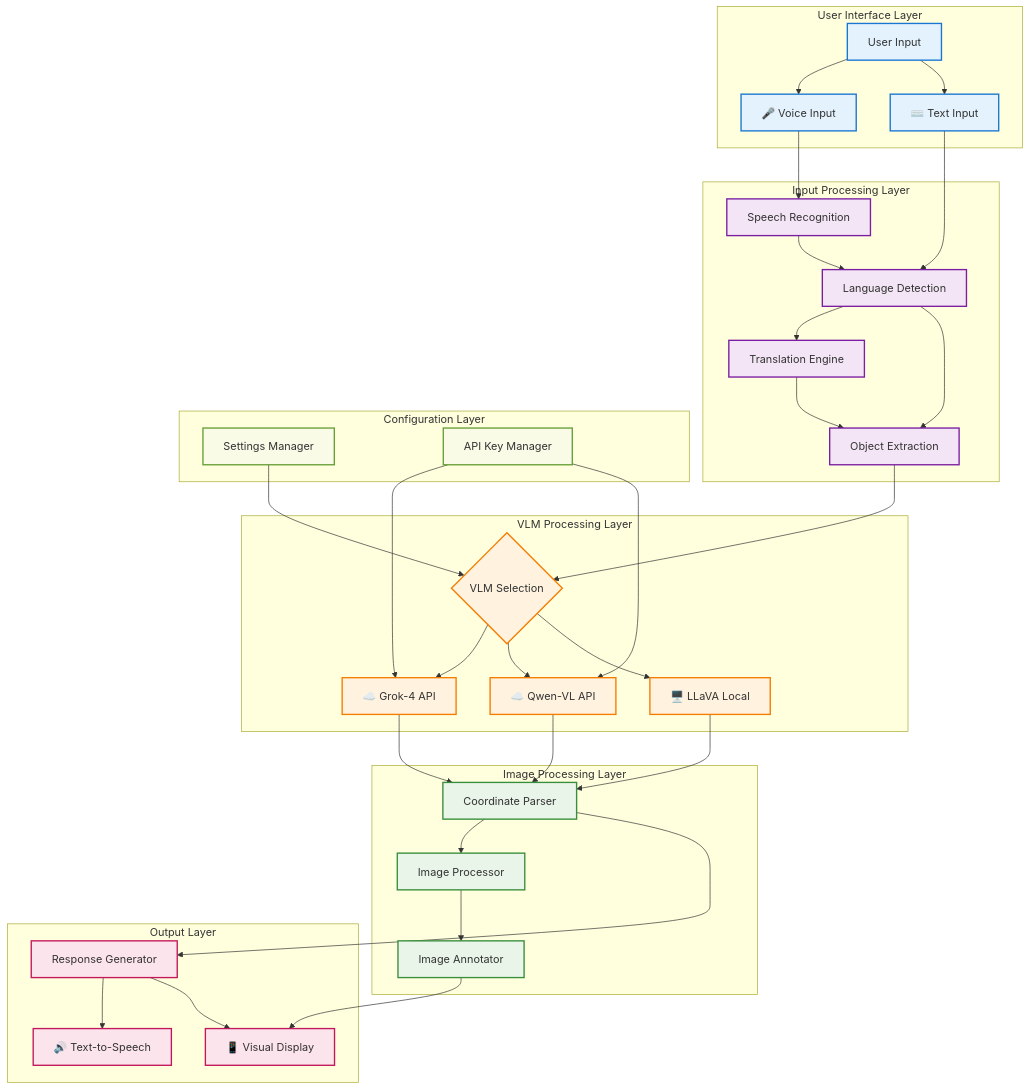
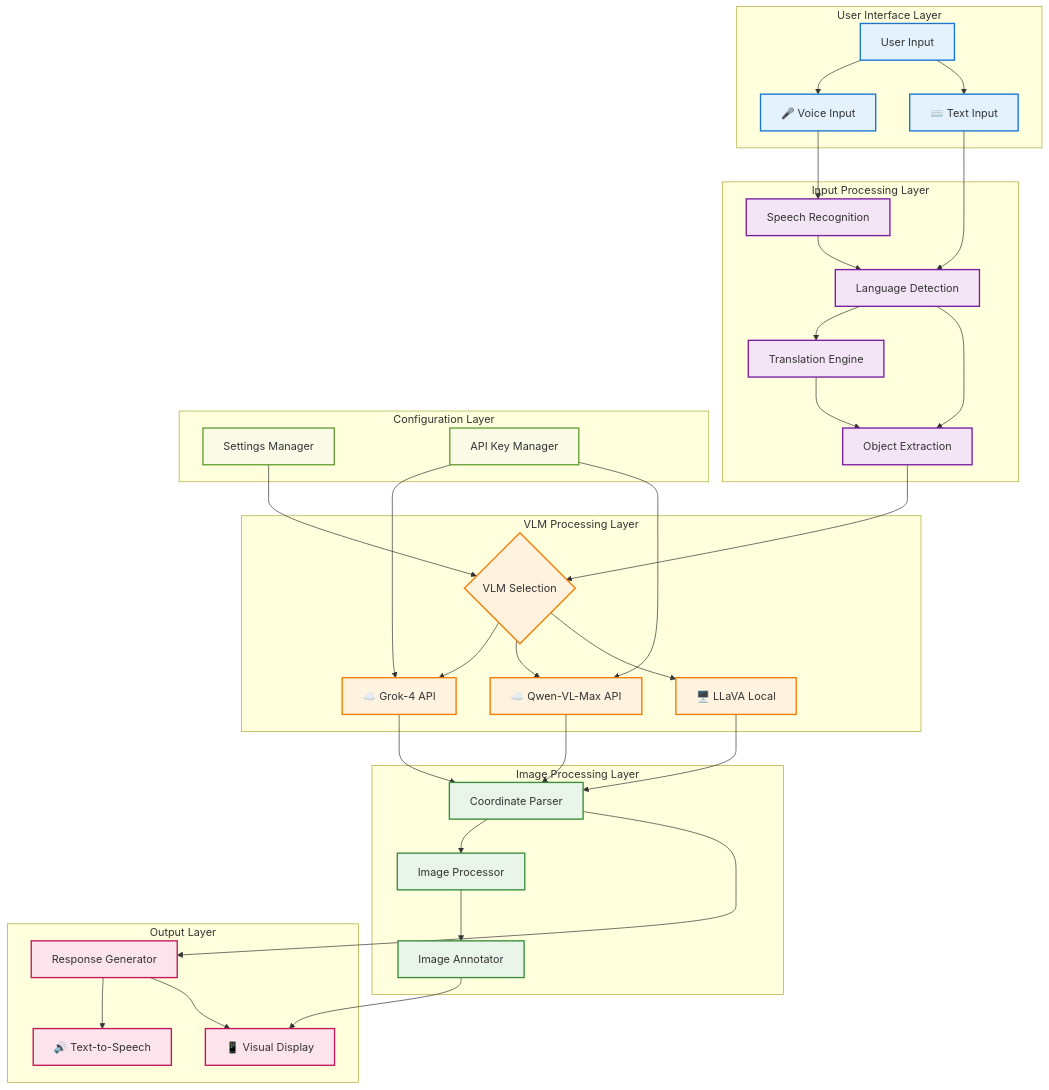
The second of 7 diagrams in PROJECT_ARCHITECTURE.md (phoenixjyb/imageRecogVLM), drawn with Mermaid before and after one commit. The commit also changed 20 other files, not shown here.

````diff
--- a/PROJECT_ARCHITECTURE.md
+++ b/PROJECT_ARCHITECTURE.md
@@ -55,82 +55,82 @@
 ```mermaid
 flowchart TB
     subgraph "User Interface Layer"
         UI[User Input]
         VOICE[🎤 Voice Input]
         TEXT[⌨️ Text Input]
     end
 
     subgraph "Input Processing Layer"
         SPEECH[Speech Recognition]
         LANG[Language Detection]
         TRANS[Translation Engine]
         EXTRACT[Object Extraction]
     end
 
     subgraph "VLM Processing Layer"
         VLM_SEL{VLM Selection}
         GROK[☁️ Grok-4 API]
-        QWEN[☁️ Qwen-VL API]
+        QWEN[☁️ Qwen-VL-Max API]
         LLAVA[🖥️ LLaVA Local]
     end
 
     subgraph "Image Processing Layer"
         IMG_PROC[Image Processor]
         COORD_PARSE[Coordinate Parser]
         ANNOTATE[Image Annotator]
     end
 
     subgraph "Output Layer"
         RESPONSE[Response Generator]
         TTS[🔊 Text-to-Speech]
         DISPLAY[📱 Visual Display]
     end
 
     subgraph "Configuration Layer"
         CONFIG[Settings Manager]
         API_KEYS[API Key Manager]
     end
 
     UI --> VOICE
     UI --> TEXT
     VOICE --> SPEECH
     TEXT --> LANG
     SPEECH --> LANG
     LANG --> TRANS
     TRANS --> EXTRACT
     LANG --> EXTRACT
     EXTRACT --> VLM_SEL
 
     VLM_SEL --> GROK
     VLM_SEL --> QWEN
     VLM_SEL --> LLAVA
 
     GROK --> COORD_PARSE
     QWEN --> COORD_PARSE
     LLAVA --> COORD_PARSE
 
     COORD_PARSE --> IMG_PROC
     IMG_PROC --> ANNOTATE
     COORD_PARSE --> RESPONSE
     ANNOTATE --> DISPLAY
     RESPONSE --> TTS
     RESPONSE --> DISPLAY
 
     CONFIG --> VLM_SEL
     API_KEYS --> GROK
     API_KEYS --> QWEN
 
     classDef input fill:#e3f2fd,stroke:#1976d2,stroke-width:2px
     classDef processing fill:#f3e5f5,stroke:#7b1fa2,stroke-width:2px
     classDef vlm fill:#fff3e0,stroke:#f57c00,stroke-width:2px
     classDef image fill:#e8f5e8,stroke:#388e3c,stroke-width:2px
     classDef output fill:#fce4ec,stroke:#c2185b,stroke-width:2px
     classDef config fill:#f9fbe7,stroke:#689f38,stroke-width:2px
 
     class UI,VOICE,TEXT input
     class SPEECH,LANG,TRANS,EXTRACT processing
     class VLM_SEL,GROK,QWEN,LLAVA vlm
     class IMG_PROC,COORD_PARSE,ANNOTATE image
     class RESPONSE,TTS,DISPLAY output
     class CONFIG,API_KEYS config
 ```
````
